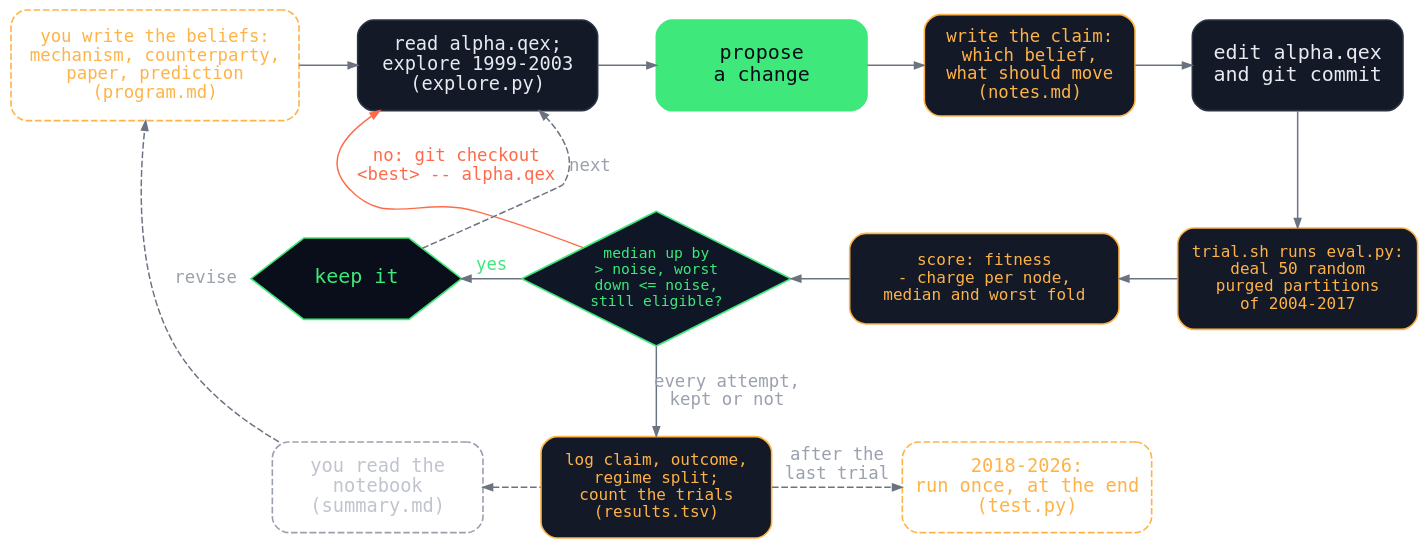
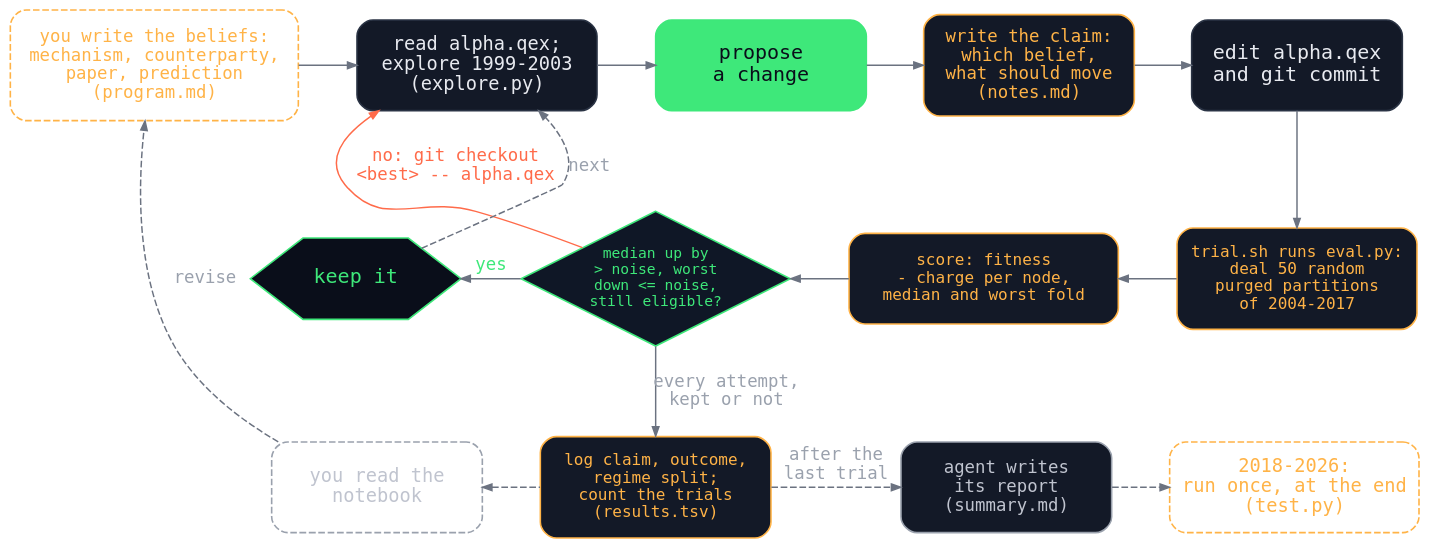
The diagram in figures/loop/augmented-loop-files.dot (marketneutral/find_alpha_make_no_mistakes), drawn with Graphviz before and after one commit. The commit also changed 3 other files, not shown here.

Commit message:
Augmented loop: summary.md is the agent's end-of-run report, in its own box before the test

```diff
--- a/figures/loop/augmented-loop-files.dot
+++ b/figures/loop/augmented-loop-files.dot
@@ -1,55 +1,57 @@
 // The deck's version of the blog post's augmented-loop.dot, with every lab file (except data/) on the box
 // that uses it, as Karpathy's loop names program.md, train.py and results.tsv. Re-render with:
 //   dot -Tsvg figures/loop/augmented-loop-files.dot -o images/alpha-augmented-loop-files.svg
 // The autoresearch loop from the ai-scientist post with the finance changes that
 // post asked for, built: the claim before the edit, the moving evaluator, the
 // two-sided keep rule with eligibility, the counted log, the seeded program, and the untouched test.
 // Green marks the step handed to the model; orange marks what the essay added.
 digraph augmented {
   rankdir=TB;
   bgcolor="transparent";
   pad=0.25;
   nodesep=0.30;
   ranksep=0.55;
   fontname="IBM Plex Mono, Menlo, DejaVu Sans Mono, monospace";
   node [shape=box, style="rounded,filled", fillcolor="#131927", color="#2a3344",
         fontcolor="#e8eaf0", fontname="IBM Plex Mono, Menlo, DejaVu Sans Mono, monospace",
         fontsize=15, margin="0.10,0.14", penwidth=1.2, width=2.2, height=0.95, fixedsize=true];
   edge [color="#6b7280", arrowsize=0.7, penwidth=1.1,
         fontname="IBM Plex Mono, Menlo, DejaVu Sans Mono, monospace",
         fontsize=13, fontcolor="#9aa1ad"];
 
   PM   [label="you write the beliefs:\nmechanism, counterparty,\npaper, prediction\n(program.md)", style="rounded,dashed", color="#ffb347", fontcolor="#ffb347", width=3.0, height=1.15, fontsize=13];
   READ [label="read alpha.qex;\nexplore 1999-2003\n(explore.py)", width=2.5, height=0.95, fontsize=14];
   H    [label="propose\na change", fillcolor="#3ee87a", color="#3ee87a", fontcolor="#0a0e1a"];
   C    [label="write the claim:\nwhich belief,\nwhat should move\n(notes.md)", color="#ffb347", fontcolor="#ffb347", fontsize=13, height=1.05];
   P    [label="edit alpha.qex\nand git commit"];
   X    [label="trial.sh runs eval.py:\ndeal 50 random\npurged partitions\nof 2004-2017", color="#ffb347", fontcolor="#ffb347", fontsize=12, width=2.5, height=1.05];
   R    [label="score: fitness\n- charge per node,\nmedian and worst fold", color="#ffb347", fontcolor="#ffb347", fontsize=12, width=2.8];
   D    [shape=diamond, style="filled", fillcolor="#0f1726", color="#3ee87a",
         fontcolor="#3ee87a", label="median up by\n> noise, worst\ndown <= noise,\nstill eligible?", margin="0.04,0.02", fontsize=11, width=2.8, height=1.4, fixedsize=true];
   T    [label="keep it", shape=hexagon, style="filled", fillcolor="#0a0e1a",
         color="#3ee87a", fontcolor="#3ee87a", margin="0.04,0.02", width=2.2, height=0.85, fixedsize=true];
   LOG  [label="log claim, outcome,\nregime split;\ncount the trials\n(results.tsv)", color="#ffb347", fontcolor="#ffb347", fontsize=12, width=2.4, height=1.05];
-  YOU  [label="you read the\nnotebook\n(summary.md)", style="rounded,dashed", color="#9aa1ad", fontcolor="#c0c4cf", fontsize=14];
+  YOU  [label="you read the\nnotebook", style="rounded,dashed", color="#9aa1ad", fontcolor="#c0c4cf", fontsize=14];
+  SUM  [label="agent writes\nits report\n(summary.md)", color="#9aa1ad", fontcolor="#c0c4cf", fontsize=13];
   OOS  [label="2018-2026:\nrun once, at the end\n(test.py)", style="rounded,dashed", color="#ffb347", fontcolor="#ffb347", width=2.6, fontsize=14];
 
   { rank=same; PM; READ; H; C; P; }
   { rank=same; T; D; R; X; }
-  { rank=same; YOU; LOG; OOS; }
+  { rank=same; YOU; LOG; SUM; OOS; }
 
   PM -> READ;
   READ -> H;
   H -> C;
   C -> P;
   P -> X;
   R -> X [dir=back];
   D -> R [dir=back];
   T -> D [dir=back, label="yes", fontcolor="#3ee87a"];
   T -> READ [style=dashed, label="next  ", constraint=false, fontcolor="#9aa1ad"];
   D -> READ [label="  no: git checkout\n  <best> -- alpha.qex", constraint=false, color="#ff6b4a", fontcolor="#ff6b4a"];
   D -> LOG [label="every attempt,\nkept or not"];
   YOU -> LOG [dir=back, style=dashed];
   YOU -> PM [constraint=false, style=dashed, label="revise", fontcolor="#9aa1ad"];
-  LOG -> OOS [style=dashed, label="after the\nlast trial"];
+  LOG -> SUM [style=dashed, label="after the\nlast trial"];
+  SUM -> OOS [style=dashed];
 }
```
